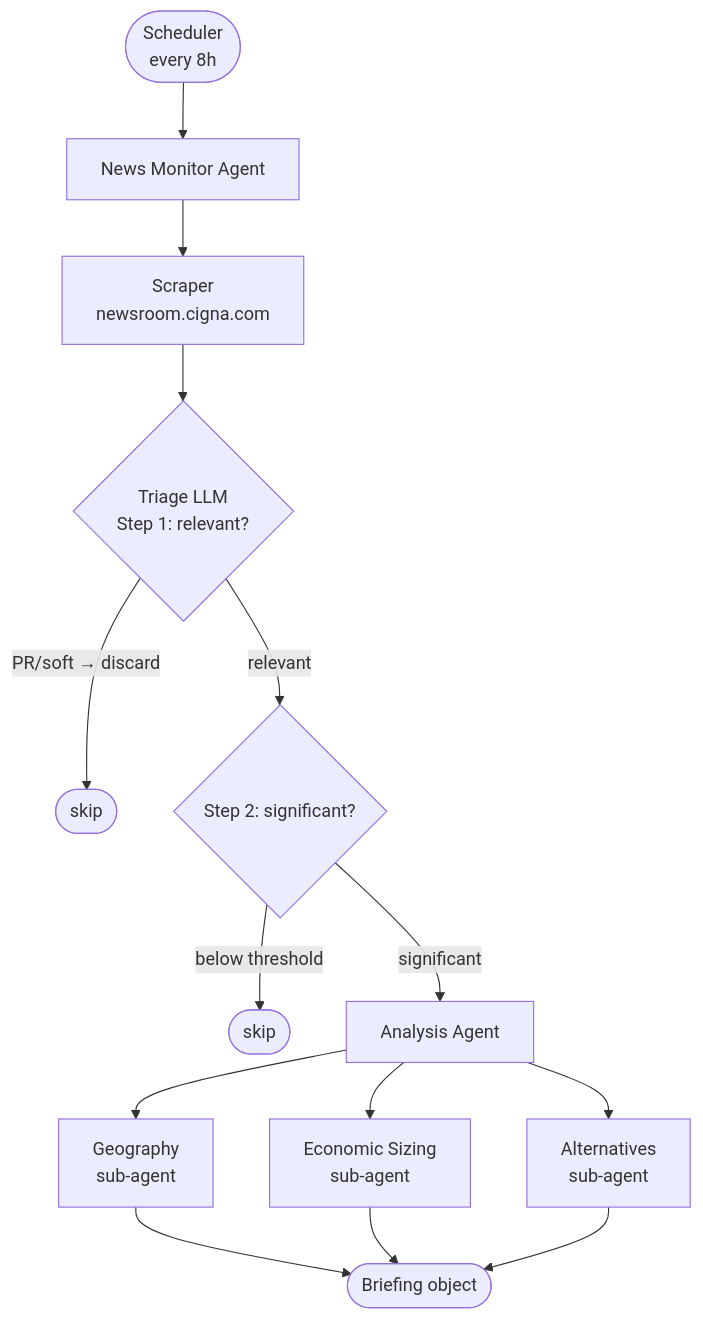
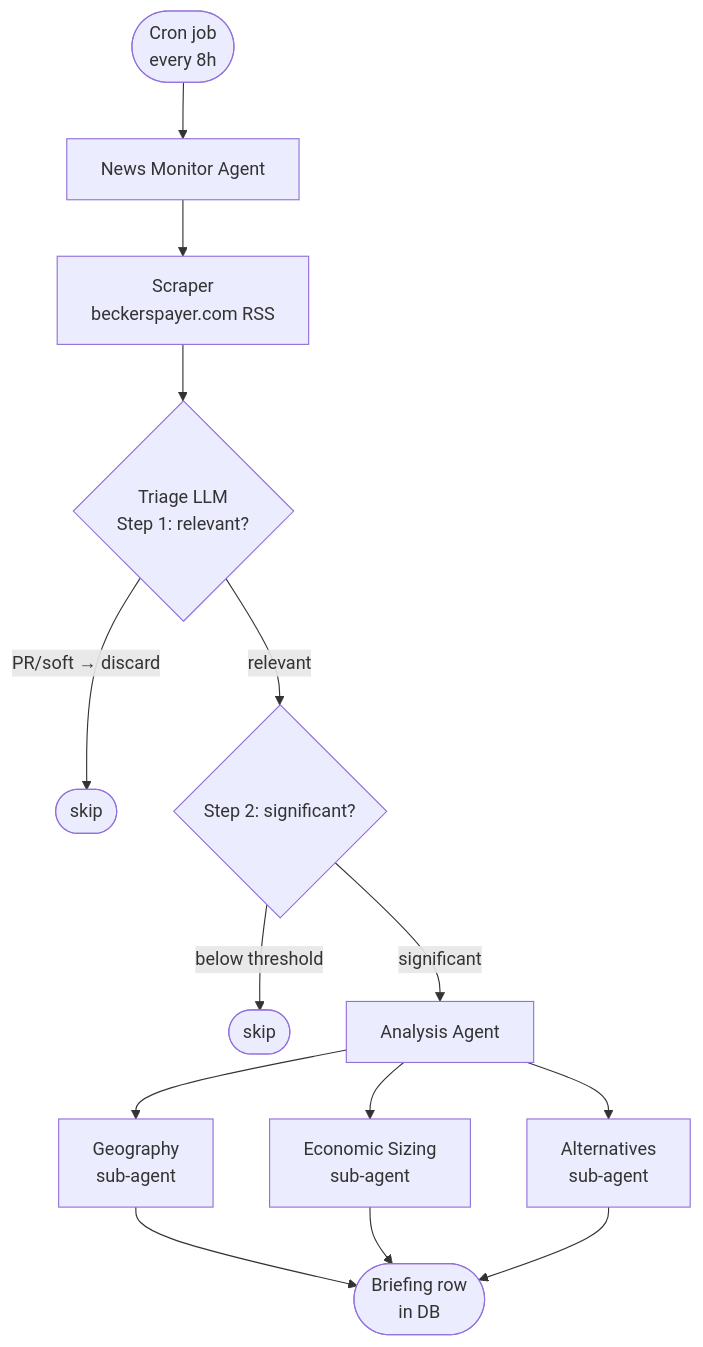
Before and after one commit to ericlow/Health-Insurance-News-Agent: the first of 2 diagrams in docs/technical-design.md, drawn with Mermaid. The commit also changed other lines of this file and 2 other files, not shown here.

````diff
--- a/docs/technical-design.md
+++ b/docs/technical-design.md
@@ -14,14 +14,14 @@
 ```mermaid
 flowchart TD
-    S([Scheduler<br/>every 8h]) --> M[News Monitor Agent]
-    M --> SC[Scraper<br/>newsroom.cigna.com]
+    S([Cron job<br/>every 8h]) --> M[News Monitor Agent]
+    M --> SC[Scraper<br/>beckerspayer.com RSS]
     SC --> T{Triage LLM<br/>Step 1: relevant?}
     T -- PR/soft → discard --> Skip([skip])
     T -- relevant --> T2{Step 2: significant?}
     T2 -- below threshold --> Skip2([skip])
     T2 -- significant --> A[Analysis Agent]
     A --> G[Geography<br/>sub-agent]
     A --> E[Economic Sizing<br/>sub-agent]
     A --> AL[Alternatives<br/>sub-agent]
-    G & E & AL --> B([Briefing object])
+    G & E & AL --> B([Briefing row<br/>in DB])
 ```
````
